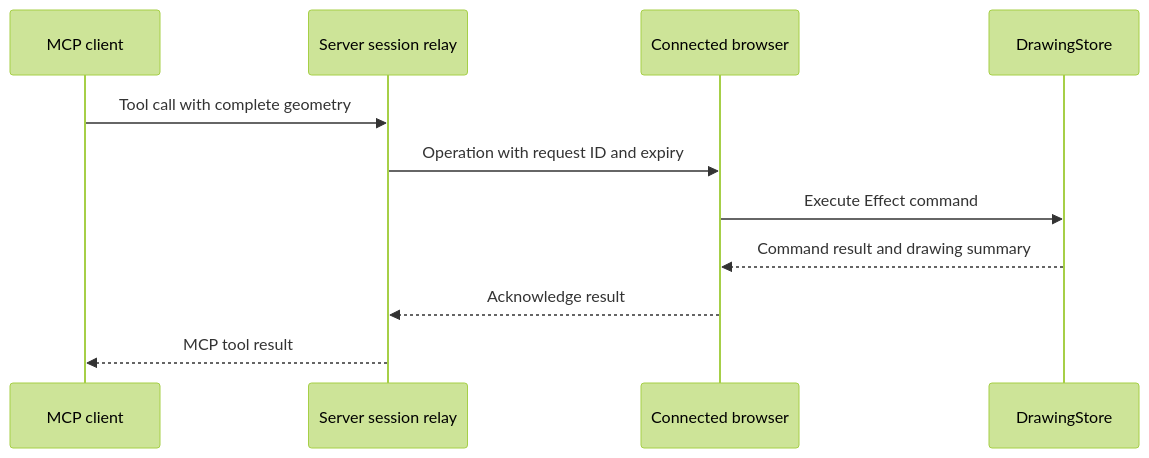
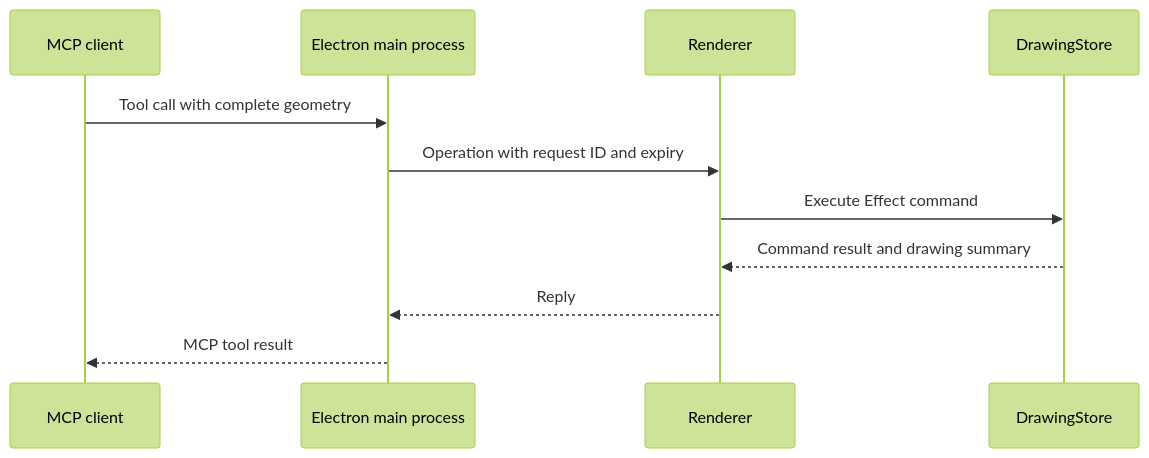
Before and after one commit to ropi-dev/ecad: the diagram in docs/mcp.md, drawn with Mermaid (forest theme). The commit also changed other lines of this file and 42 other files, not shown here.

First line of the commit message:
Move editor MCP to the desktop app and drop the rail's schematic editor button (#177)

````diff
--- a/docs/mcp.md
+++ b/docs/mcp.md
@@ -207,13 +169,13 @@
 ```mermaid
 sequenceDiagram
     participant Client as MCP client
-    participant Relay as Server session relay
-    participant Editor as Connected browser
+    participant Main as Electron main process
+    participant Editor as Renderer
     participant Store as DrawingStore
-    Client->>Relay: Tool call with complete geometry
-    Relay->>Editor: Operation with request ID and expiry
+    Client->>Main: Tool call with complete geometry
+    Main->>Editor: Operation with request ID and expiry
     Editor->>Store: Execute Effect command
     Store-->>Editor: Command result and drawing summary
-    Editor-->>Relay: Acknowledge result
-    Relay-->>Client: MCP tool result
+    Editor-->>Main: Reply
+    Main-->>Client: MCP tool result
 ```
````
